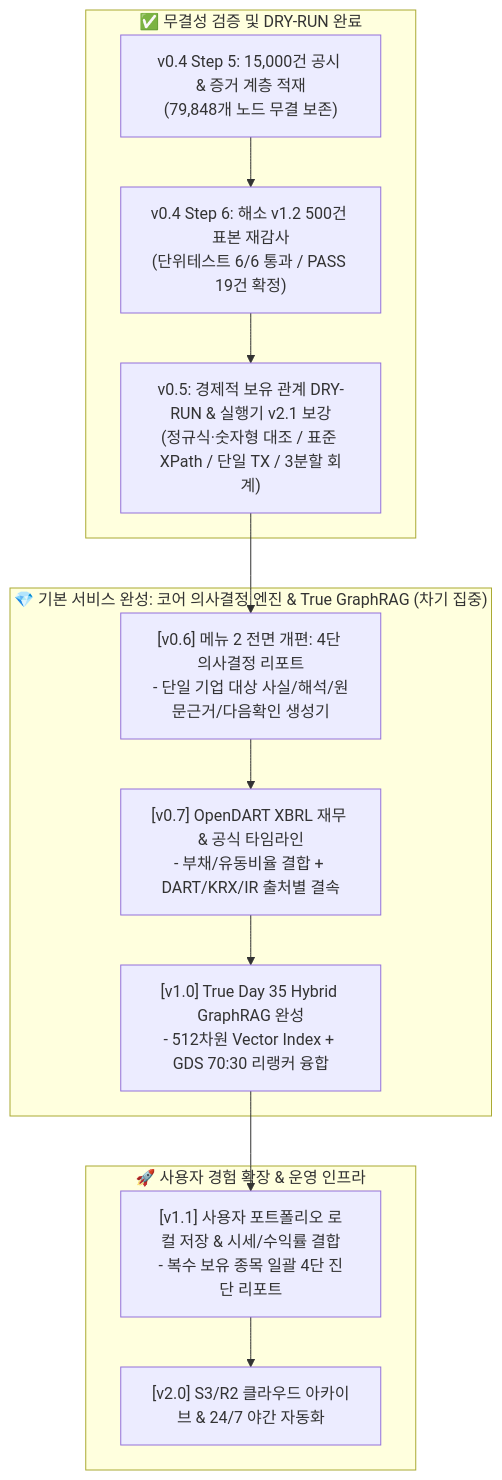
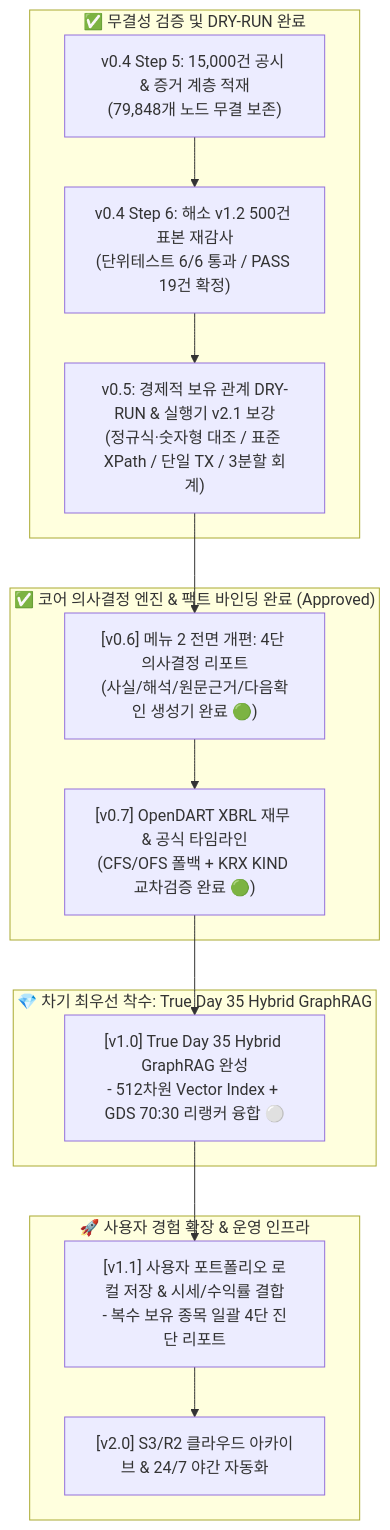
One commit to mycar4/enkoa-practice-knowledge-graph changed the diagram in 내작업폴더/schedule.md. Above: the diagram before and after it, drawn with Mermaid. The commit also changed other lines of this file and 1 other file, not shown here.

Commit message:
docs(schedule): update roadmap milestones - mark v0.6 and v0.7 approved, set v1.0 as active next target

````diff
--- a/내작업폴더/schedule.md
+++ b/내작업폴더/schedule.md
@@ -69,22 +69,26 @@
 ```mermaid
 flowchart TD
     subgraph Phase_v04_v05 ["✅ 무결성 검증 및 DRY-RUN 완료"]
         S5["v0.4 Step 5: 15,000건 공시 & 증거 계층 적재\n(79,848개 노드 무결 보존)"]
         S6["v0.4 Step 6: 해소 v1.2 500건 표본 재감사\n(단위테스트 6/6 통과 / PASS 19건 확정)"]
         V05["v0.5: 경제적 보유 관계 DRY-RUN & 실행기 v2.1 보강\n(정규식·숫자형 대조 / 표준 XPath / 단일 TX / 3분할 회계)"]
         S5 --> S6 --> V05
     end
 
-    subgraph Phase_v06_v10 ["💎 기본 서비스 완성: 코어 의사결정 엔진 & True GraphRAG (차기 집중)"]
-        V06["[v0.6] 메뉴 2 전면 개편: 4단 의사결정 리포트\n- 단일 기업 대상 사실/해석/원문근거/다음확인 생성기"]
-        V07["[v0.7] OpenDART XBRL 재무 & 공식 타임라인\n- 부채/유동비율 결합 + DART/KRX/IR 출처별 결속"]
-        V10["[v1.0] True Day 35 Hybrid GraphRAG 완성\n- 512차원 Vector Index + GDS 70:30 리랭커 융합"]
-        V05 --> V06 --> V07 --> V10
+    subgraph Phase_v06_v07 ["✅ 코어 의사결정 엔진 & 팩트 바인딩 완료 (Approved)"]
+        V06["[v0.6] 메뉴 2 전면 개편: 4단 의사결정 리포트\n(사실/해석/원문근거/다음확인 생성기 완료 🟢)"]
+        V07["[v0.7] OpenDART XBRL 재무 & 공식 타임라인\n(CFS/OFS 폴백 + KRX KIND 교차검증 완료 🟢)"]
+        V05 --> V06 --> V07
+    end
+
+    subgraph Phase_v10 ["💎 차기 최우선 착수: True Day 35 Hybrid GraphRAG"]
+        V10["[v1.0] True Day 35 Hybrid GraphRAG 완성\n- 512차원 Vector Index + GDS 70:30 리랭커 융합 ⚪"]
+        V07 --> V10
     end
 
     subgraph Phase_v11_v20 ["🚀 사용자 경험 확장 & 운영 인프라"]
         V11["[v1.1] 사용자 포트폴리오 로컬 저장 & 시세/수익률 결합\n- 복수 보유 종목 일괄 4단 진단 리포트"]
         V20["[v2.0] S3/R2 클라우드 아카이브 & 24/7 야간 자동화"]
         V10 --> V11 --> V20
     end
 ```
````
